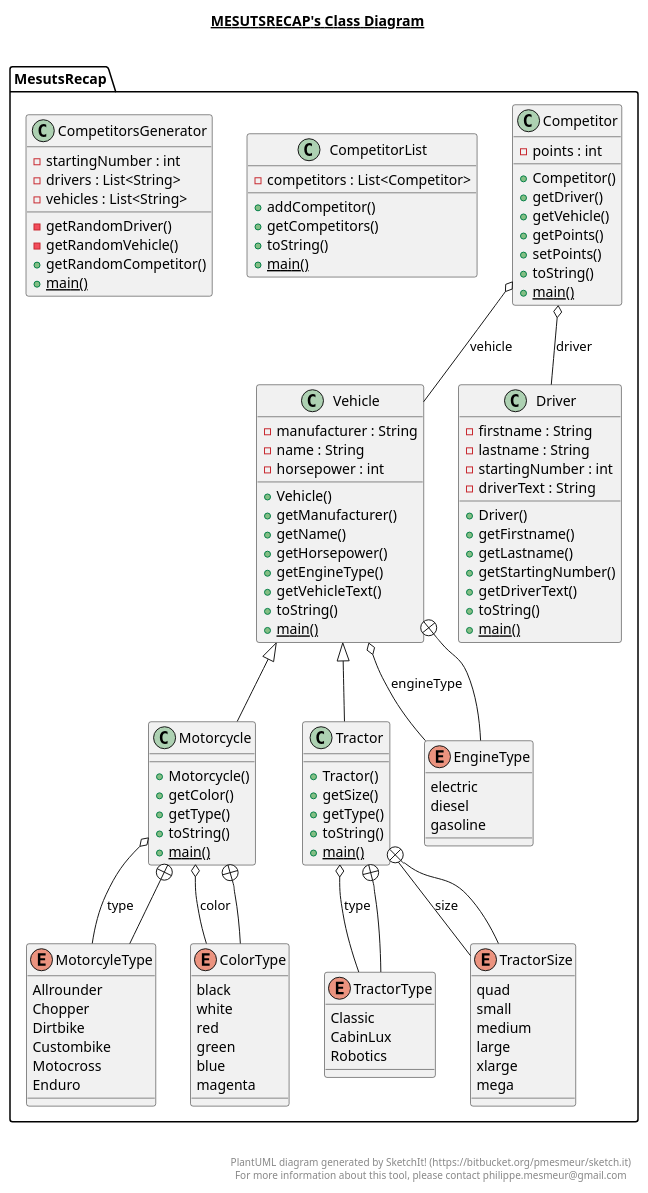
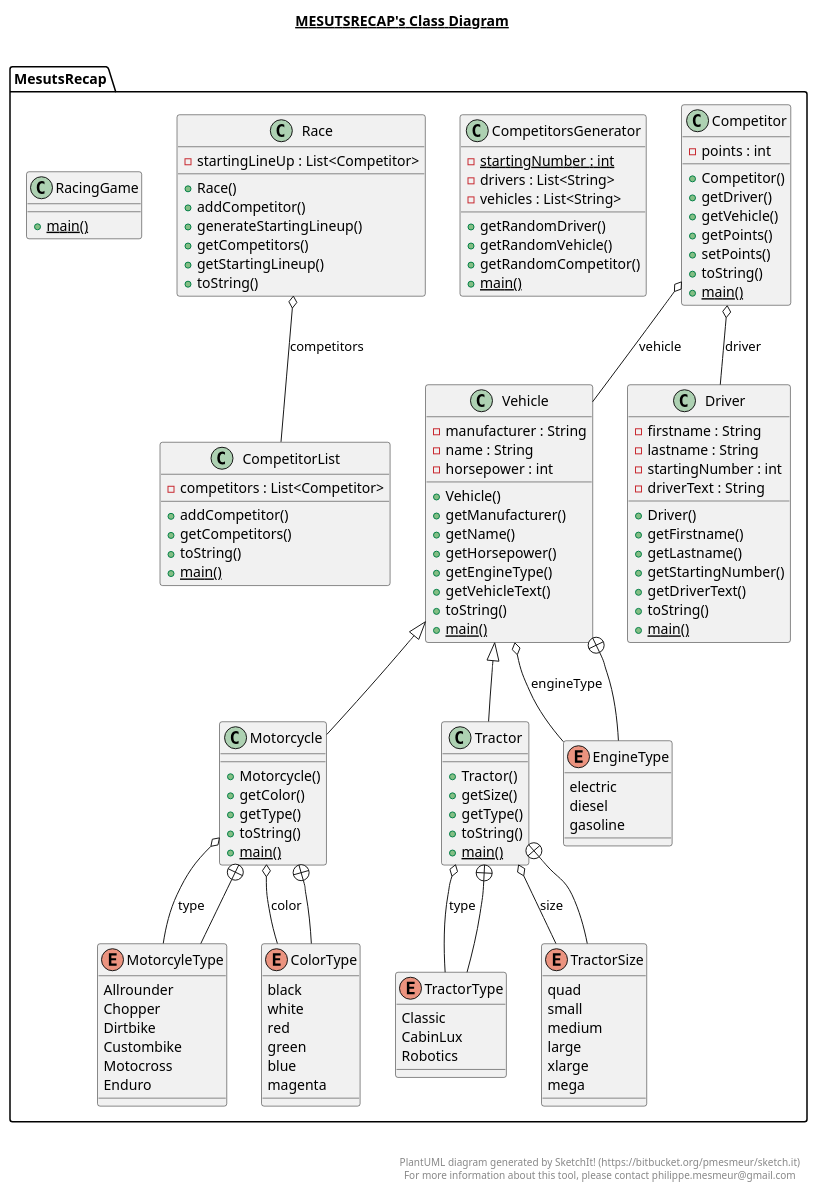
Before and after one commit to axelmotyka/adventcalendar: the diagram in src/main/java/MesutsRecap/MesutsRecap.plantuml, drawn with PlantUML.

Commit message:
Pantuml generated after doing exercise 14.

```diff
--- a/src/main/java/MesutsRecap/MesutsRecap.plantuml
+++ b/src/main/java/MesutsRecap/MesutsRecap.plantuml
@@ -1,176 +1,197 @@
 @startuml
 
 title __MESUTSRECAP's Class Diagram__\n
 
   package MesutsRecap {
     class Competitor {
         - points : int
         + Competitor()
         + getDriver()
         + getVehicle()
         + getPoints()
         + setPoints()
         + toString()
         {static} + main()
     }
   }
   
 
   package MesutsRecap {
     class CompetitorList {
         - competitors : List<Competitor>
         + addCompetitor()
         + getCompetitors()
         + toString()
         {static} + main()
     }
   }
   
 
   package MesutsRecap {
     class CompetitorsGenerator {
-        - startingNumber : int
+        {static} - startingNumber : int
         - drivers : List<String>
         - vehicles : List<String>
-        - getRandomDriver()
-        - getRandomVehicle()
+        + getRandomDriver()
+        + getRandomVehicle()
         + getRandomCompetitor()
         {static} + main()
     }
   }
   
 
   package MesutsRecap {
     class Driver {
         - firstname : String
         - lastname : String
         - startingNumber : int
         - driverText : String
         + Driver()
         + getFirstname()
         + getLastname()
         + getStartingNumber()
         + getDriverText()
         + toString()
         {static} + main()
     }
   }
   
 
   package MesutsRecap {
     class Motorcycle {
         + Motorcycle()
         + getColor()
         + getType()
         + toString()
         {static} + main()
     }
   }
   
 
   package MesutsRecap {
     enum MotorcyleType {
       Allrounder
       Chopper
       Dirtbike
       Custombike
       Motocross
       Enduro
     }
   }
   
 
   package MesutsRecap {
     enum ColorType {
       black
       white
       red
       green
       blue
       magenta
+    }
+  }
+  
+
+  package MesutsRecap {
+    class Race {
+        - startingLineUp : List<Competitor>
+        + Race()
+        + addCompetitor()
+        + generateStartingLineup()
+        + getCompetitors()
+        + getStartingLineup()
+        + toString()
+    }
+  }
+  
+
+  package MesutsRecap {
+    class RacingGame {
+        {static} + main()
     }
   }
   
 
   package MesutsRecap {
     class Tractor {
         + Tractor()
         + getSize()
         + getType()
         + toString()
         {static} + main()
     }
   }
   
 
   package MesutsRecap {
     enum TractorType {
       Classic
       CabinLux
       Robotics
     }
   }
   
 
   package MesutsRecap {
     enum TractorSize {
       quad
       small
       medium
       large
       xlarge
       mega
     }
   }
   
 
   package MesutsRecap {
     class Vehicle {
         - manufacturer : String
         - name : String
         - horsepower : int
         + Vehicle()
         + getManufacturer()
         + getName()
         + getHorsepower()
         + getEngineType()
         + getVehicleText()
         + toString()
         {static} + main()
     }
   }
   
 
   package MesutsRecap {
     enum EngineType {
       electric
       diesel
       gasoline
     }
   }
   
 
   Competitor o-- Driver : driver
   Competitor o-- Vehicle : vehicle
   Motorcycle -up-|> Vehicle
   Motorcycle o-- ColorType : color
   Motorcycle o-- MotorcyleType : type
   Motorcycle +-down- MotorcyleType
   Motorcycle +-down- ColorType
+  Race o-- CompetitorList : competitors
   Tractor -up-|> Vehicle
   Tractor o-- TractorType : type
   Tractor o-- TractorSize : size
   Tractor +-down- TractorType
   Tractor +-down- TractorSize
   Vehicle o-- EngineType : engineType
   Vehicle +-down- EngineType
 
 
 right footer
 
 
 PlantUML diagram generated by SketchIt! (https://bitbucket.org/pmesmeur/sketch.it)
 For more information about this tool, please contact philippe.mesmeur@gmail.com
 endfooter
 
 @enduml
```
